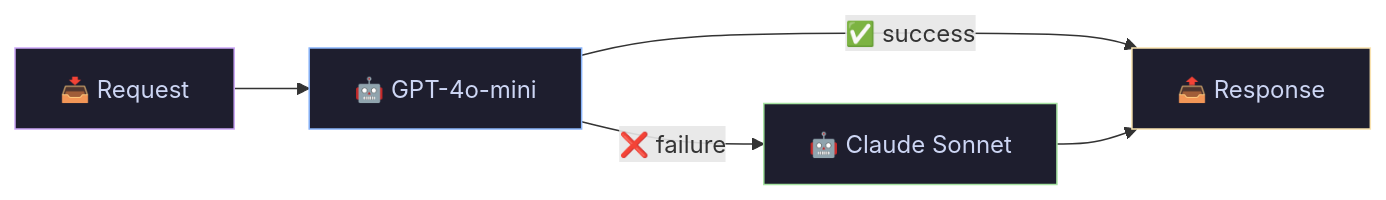
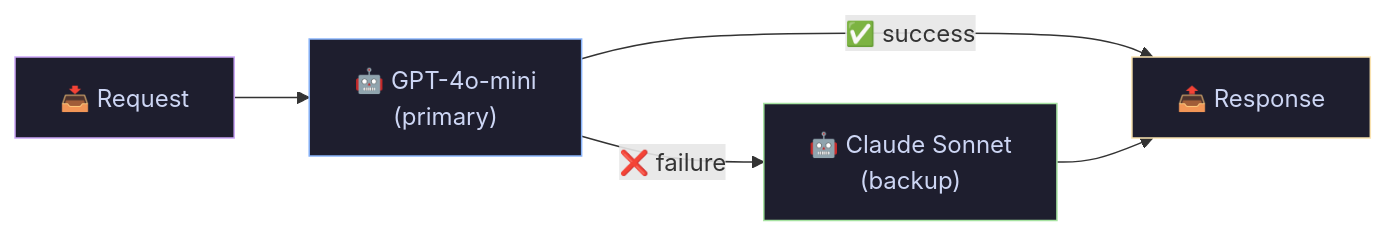
Before and after one commit to HitPant/langchain-tutorials: the fifth of 5 diagrams in 02-lcel_deep_dive/README.md, drawn with Mermaid. The commit also changed other lines of this file, not shown here.

````diff
--- a/02-lcel_deep_dive/README.md
+++ b/02-lcel_deep_dive/README.md
@@ -187,12 +215,12 @@
 ```mermaid
 flowchart LR
-    A["📥 Request"] --> B["🤖 GPT-4o-mini"]
+    A["📥 Request"] --> B["🤖 GPT-4o-mini\n(primary)"]
     B -->|"✅ success"| D["📤 Response"]
-    B -->|"❌ failure"| C["🤖 Claude Sonnet"]
+    B -->|"❌ failure"| C["🤖 Claude Sonnet\n(backup)"]
     C --> D
 
     style A fill:#1e1e2e,stroke:#cba6f7,color:#cdd6f4
     style B fill:#1e1e2e,stroke:#89b4fa,color:#cdd6f4
     style C fill:#1e1e2e,stroke:#a6e3a1,color:#cdd6f4
     style D fill:#1e1e2e,stroke:#f9e2af,color:#cdd6f4
 ```
````
